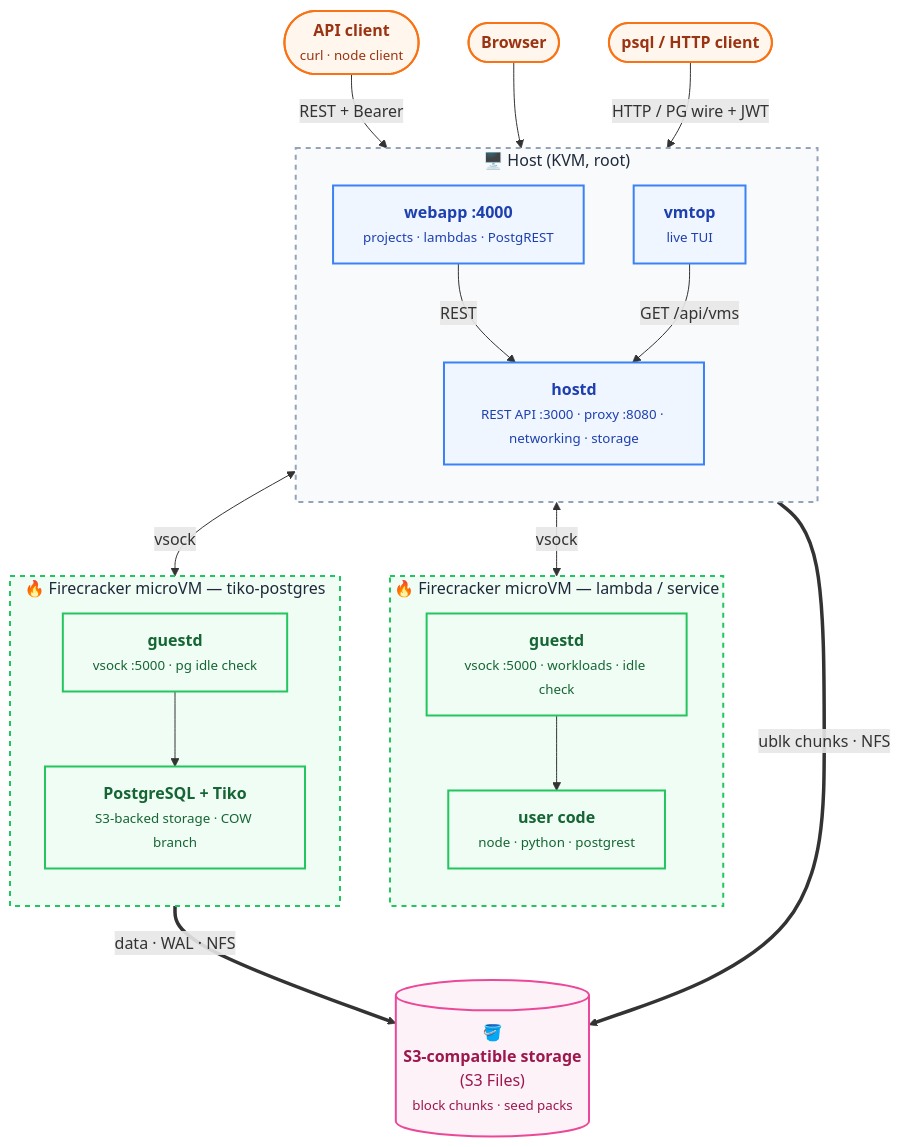
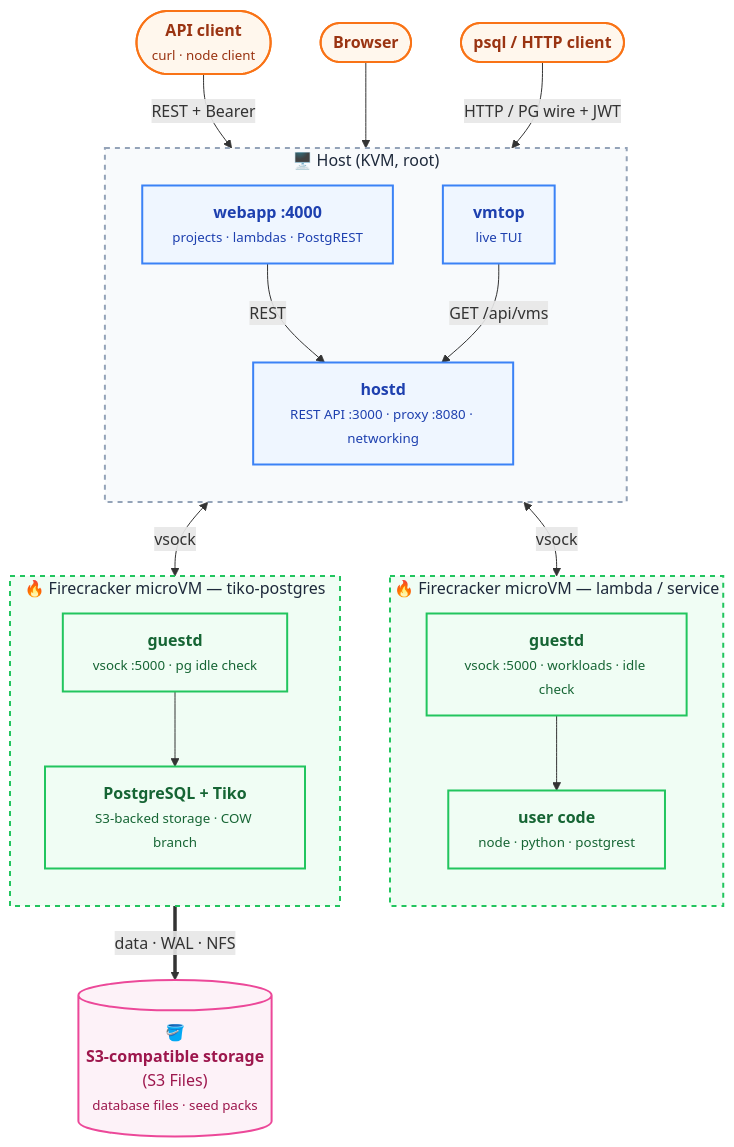
Before and after one commit to burmecia/tikovm: the diagram in README.md, drawn with Mermaid. The commit also changed other lines of this file, not shown here.

Commit message:
readme: drop experimental ublk block storage mentions

````diff
--- a/README.md
+++ b/README.md
@@ -53,55 +48,54 @@
 ```mermaid
 %%{init: {"themeVariables": {"titleColor": "#1e293b", "clusterBkg": "#f8fafc", "clusterBorder": "#94a3b8"}}}%%
 flowchart TB
   Client(["<b>API client</b><br/><small>curl · node client</small>"])
   Browser(["<b>Browser</b>"])
   Psql(["<b>psql / HTTP client</b>"])
 
   subgraph Host ["🖥️ Host (KVM, root)"]
     direction TB
-    Hostd["<b>hostd</b><br/><small>REST API :3000 · proxy :8080 · networking · storage</small>"]
+    Hostd["<b>hostd</b><br/><small>REST API :3000 · proxy :8080 · networking</small>"]
     Webapp["<b>webapp :4000</b><br/><small>projects · lambdas · PostgREST</small>"]
     Vmtop["<b>vmtop</b><br/><small>live TUI</small>"]
   end
 
   subgraph VM1 ["🔥 Firecracker microVM — lambda / service"]
     direction TB
     Guest1["<b>guestd</b><br/><small>vsock :5000 · workloads · idle check</small>"]
     App1["<b>user code</b><br/><small>node · python · postgrest</small>"]
     Guest1 --> App1
   end
 
   subgraph VM2 ["🔥 Firecracker microVM — tiko-postgres"]
     direction TB
     Guest2["<b>guestd</b><br/><small>vsock :5000 · pg idle check</small>"]
     PG2["<b>PostgreSQL + Tiko</b><br/><small>S3-backed storage · COW branch</small>"]
     Guest2 --> PG2
   end
 
-  S3[("🪣<br/><b>S3-compatible storage</b><br/>(S3 Files)<br/><small>block chunks · seed packs</small>")]
+  S3[("🪣<br/><b>S3-compatible storage</b><br/>(S3 Files)<br/><small>database files · seed packs</small>")]
 
   Client -->|REST + Bearer| Hostd
   Browser --> Webapp
   Webapp -->|REST| Hostd
   Vmtop -->|GET /api/vms| Hostd
   Psql -->|HTTP / PG wire + JWT| Hostd
   Hostd <-->|vsock| Guest1
   Hostd <-->|vsock| Guest2
-  Hostd ==>|ublk chunks · NFS| S3
   PG2 ==>|data · WAL · NFS| S3
 
   classDef client fill:#fff7ed,stroke:#f97316,stroke-width:2px,color:#9a3412
   classDef control fill:#eff6ff,stroke:#3b82f6,stroke-width:2px,color:#1e40af
   classDef vm fill:#f0fdf4,stroke:#22c55e,stroke-width:2px,color:#166534
   classDef storage fill:#fdf2f8,stroke:#ec4899,stroke-width:2px,color:#9d174d
 
   class Client,Browser,Psql client
   class Hostd,Webapp,Vmtop control
   class Guest1,App1,Guest2,PG2 vm
   class S3 storage
 
   style Host fill:#f8fafc,stroke:#94a3b8,stroke-width:2px,stroke-dasharray:5 5
   style VM1 fill:#f0fdf4,stroke:#22c55e,stroke-width:2px,stroke-dasharray:5 5
   style VM2 fill:#f0fdf4,stroke:#22c55e,stroke-width:2px,stroke-dasharray:5 5
   style S3 fill:#fdf2f8,stroke:#ec4899,stroke-width:2px
 ```
````
